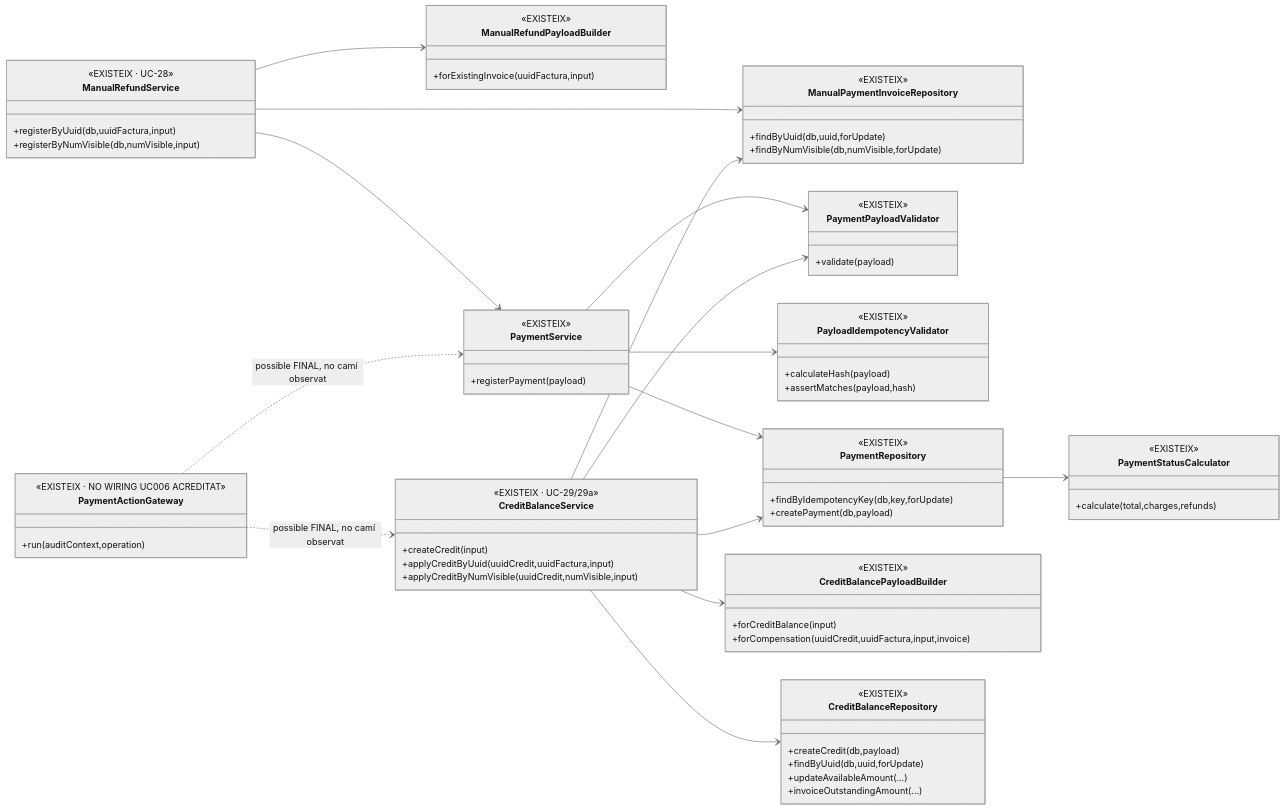
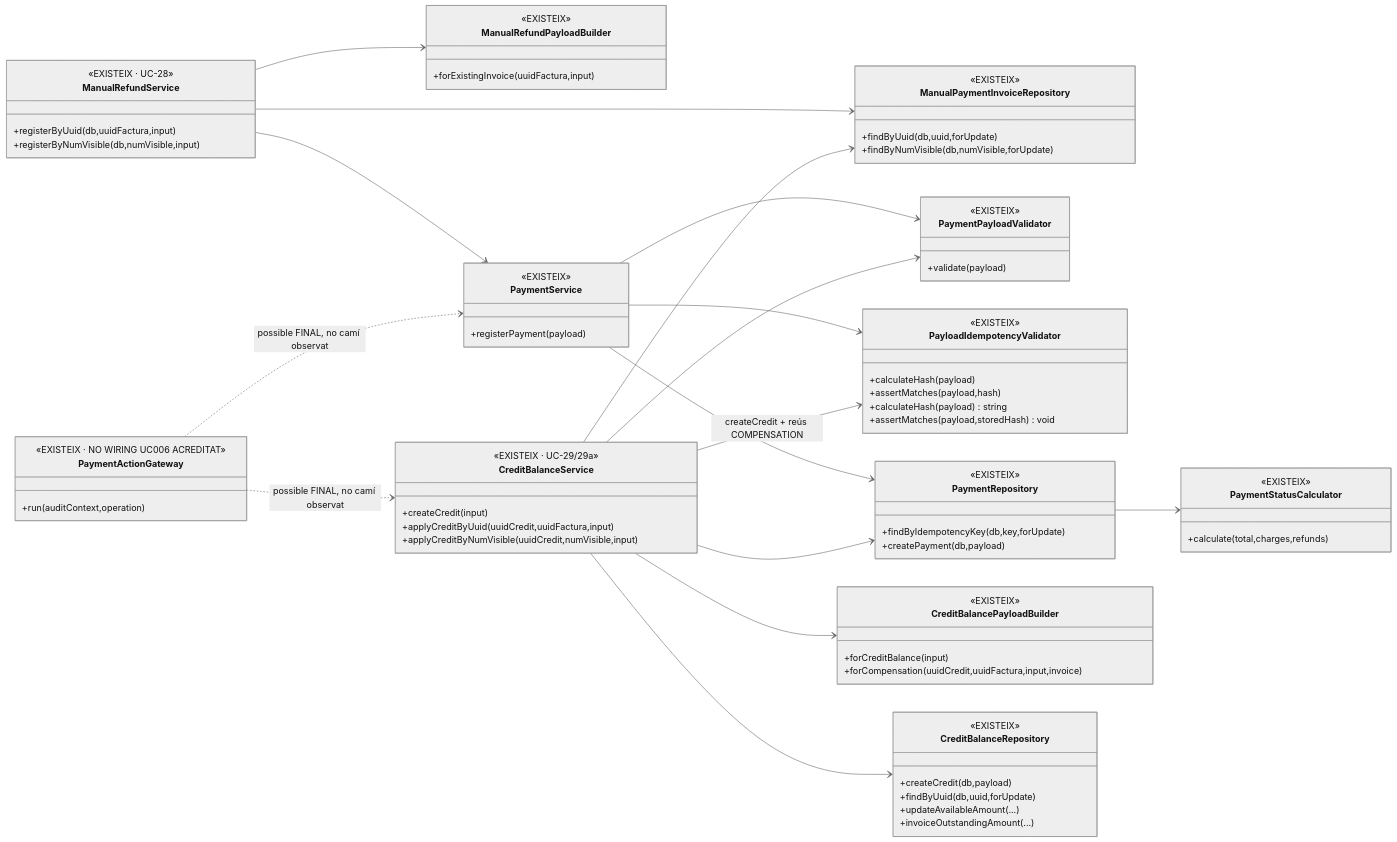
One commit to orgmeriemprismacat-del/verifactu changed the third of 5 diagrams in documentacio/07-uml-integrat/uc-006-classes-actual-final.md. Above: the diagram before and after it, drawn with Mermaid (neutral theme).

Commit message:
docs(UC-006): reflectir hash idempotent en classes

```diff
--- a/documentacio/07-uml-integrat/uc-006-classes-actual-final.md
+++ b/documentacio/07-uml-integrat/uc-006-classes-actual-final.md
@@ -221,6 +221,11 @@
   <<EXISTEIX · NO WIRING UC006 ACREDITAT>>
   +run(auditContext,operation)
 }
+class PayloadIdempotencyValidator {
+  <<EXISTEIX · REUTILITZAT A LA BRANCA>>
+  +calculateHash(payload) string
+  +assertMatches(payload,storedHash) void
+}
 
 ManualRefundService --> ManualPaymentInvoiceRepository
 ManualRefundService --> ManualRefundPayloadBuilder
@@ -235,6 +240,7 @@
 CreditBalanceService --> ManualPaymentInvoiceRepository
 CreditBalanceService --> PaymentPayloadValidator
 CreditBalanceService --> PaymentRepository
+CreditBalanceService --> PayloadIdempotencyValidator : createCredit + reús COMPENSATION
 
 PaymentActionGateway ..> PaymentService : possible FINAL, no camí observat
 PaymentActionGateway ..> CreditBalanceService : possible FINAL, no camí observat
```
